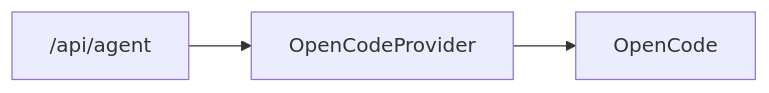
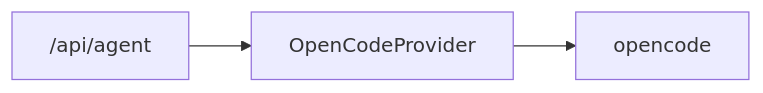
One commit to tbrandenburg/agentilogue changed the fifth of 8 diagrams in docs/ARCHITECTURE.md. Above: the diagram before and after it, drawn with Mermaid. The commit also changed other lines of this file, not shown here.

Commit message:
docs: normalize opencode naming

````diff
--- a/docs/ARCHITECTURE.md
+++ b/docs/ARCHITECTURE.md
@@ -137,4 +137,4 @@
 ```mermaid
 flowchart LR
-    API["/api/agent"] --> OC["OpenCodeProvider"] --> O["OpenCode"]
+    API["/api/agent"] --> OC["OpenCodeProvider"] --> O["opencode"]
 ```
````
